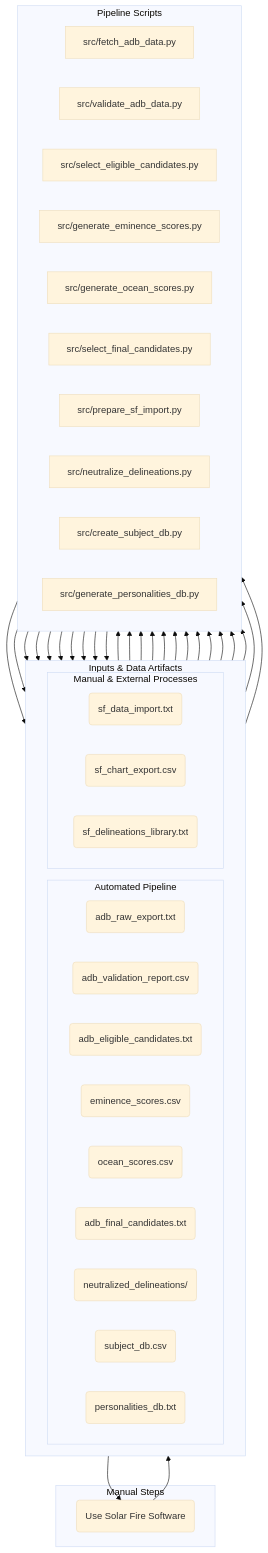
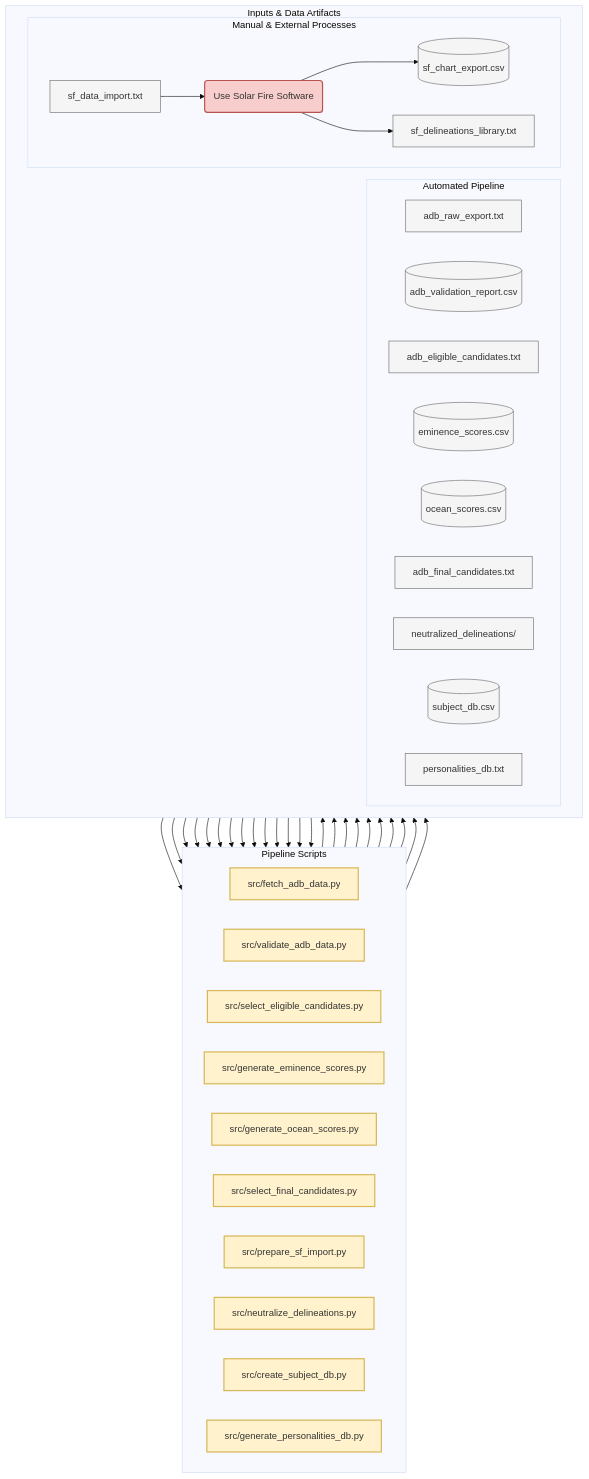
The diagram in docs/diagrams/data_prep_flow.mmd (peterjmarko/llm-narrative-framework), drawn with Mermaid (base theme) before and after one commit. The commit also changed 19 other files, not shown here.

```diff
--- a/docs/diagrams/data_prep_flow.mmd
+++ b/docs/diagrams/data_prep_flow.mmd
@@ -1,73 +1,85 @@
 graph TD
-    subgraph "Inputs & Data Artifacts"
-        direction LR
-        subgraph "Automated Pipeline"
-            adb_raw(adb_raw_export.txt)
-            validation_report(adb_validation_report.csv)
-            eligible_candidates(adb_eligible_candidates.txt)
-            eminence_scores(eminence_scores.csv)
-            ocean_scores(ocean_scores.csv)
-            final_candidates(adb_final_candidates.txt)
-            neutralized(neutralized_delineations/)
-            subject_db(subject_db.csv)
-            final_product(personalities_db.txt)
-        end
-        subgraph "Manual & External Processes"
-            sf_import(sf_data_import.txt)
-            sf_export(sf_chart_export.csv)
-            sf_lib(sf_delineations_library.txt)
-        end
-    end
+    %% Define Styles
+    classDef scriptStyle fill:#fff2cc,stroke:#d6b656,stroke-width:2px
+    classDef artifactFileStyle fill:#f5f5f5,stroke:#666,stroke-width:1px
+    classDef artifactDBStyle fill:#f5f5f5,stroke:#666,stroke-width:1px
+    classDef manualStyle fill:#f8cecc,stroke:#b85450,stroke-width:2px
 
     subgraph "Pipeline Scripts"
         direction LR
         fetch[src/fetch_adb_data.py]
         validate[src/validate_adb_data.py]
         select_eligible[src/select_eligible_candidates.py]
         gen_eminence[src/generate_eminence_scores.py]
         gen_ocean[src/generate_ocean_scores.py]
         select_final[src/select_final_candidates.py]
         prepare_sf[src/prepare_sf_import.py]
         neutralize_dels[src/neutralize_delineations.py]
         create_subject[src/create_subject_db.py]
         gen_personalities[src/generate_personalities_db.py]
     end
 
+    subgraph "Inputs & Data Artifacts"
+        direction LR
+        subgraph "Automated Pipeline"
+            adb_raw[adb_raw_export.txt]
+            validation_report[(adb_validation_report.csv)]
+            eligible_candidates[adb_eligible_candidates.txt]
+            eminence_scores[(eminence_scores.csv)]
+            ocean_scores[(ocean_scores.csv)]
+            final_candidates[adb_final_candidates.txt]
+            neutralized[neutralized_delineations/]
+            subject_db[(subject_db.csv)]
+            final_product[personalities_db.txt]
+        end
+        subgraph "Manual & External Processes"
+            sf_import[sf_data_import.txt]
+            sf_export[(sf_chart_export.csv)]
+            sf_lib[sf_delineations_library.txt]
+            manual_sf(Use Solar Fire Software)
+        end
+    end
+
+    %% Connections
     fetch --> adb_raw
     adb_raw --> validate
     validate --> validation_report
 
     adb_raw --> select_eligible
     validation_report --> select_eligible
     select_eligible --> eligible_candidates
 
     eligible_candidates --> gen_eminence
     gen_eminence --> eminence_scores
 
     eminence_scores --> gen_ocean
     gen_ocean --> ocean_scores
 
     eligible_candidates --> select_final
     ocean_scores --> select_final
     eminence_scores --> select_final
     select_final --> final_candidates
 
     final_candidates --> prepare_sf
     prepare_sf --> sf_import
 
-    subgraph "Manual Steps"
-        manual_sf(Use Solar Fire Software)
-    end
     sf_import --> manual_sf
     manual_sf --> sf_export
+    manual_sf --> sf_lib
 
     sf_lib --> neutralize_dels
     neutralize_dels --> neutralized
 
     sf_export --> create_subject
     final_candidates --> create_subject
     create_subject --> subject_db
 
     subject_db --> gen_personalities
     neutralized --> gen_personalities
     gen_personalities --> final_product
+
+    %% Apply Styles
+    class fetch,validate,select_eligible,gen_eminence,gen_ocean,select_final,prepare_sf,neutralize_dels,create_subject,gen_personalities scriptStyle
+    class adb_raw,eligible_candidates,final_candidates,sf_import,sf_lib,neutralized,final_product artifactFileStyle
+    class validation_report,eminence_scores,ocean_scores,sf_export,subject_db artifactDBStyle
+    class manual_sf manualStyle
```
